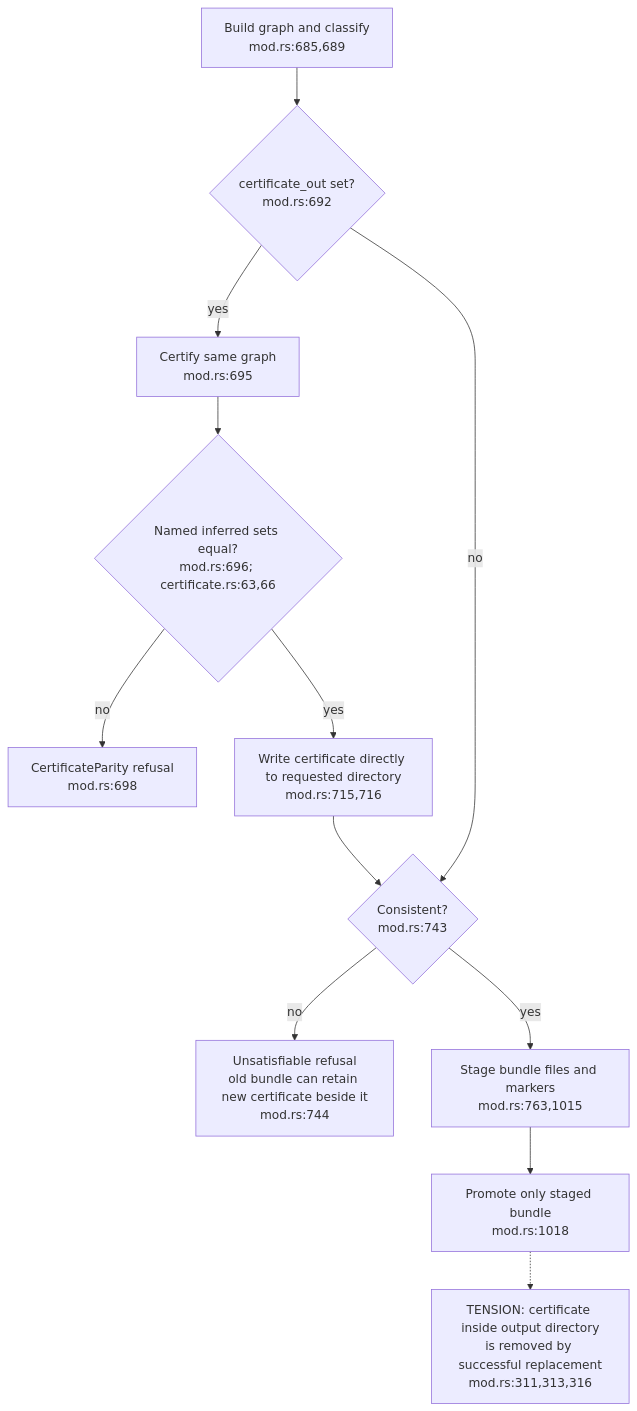
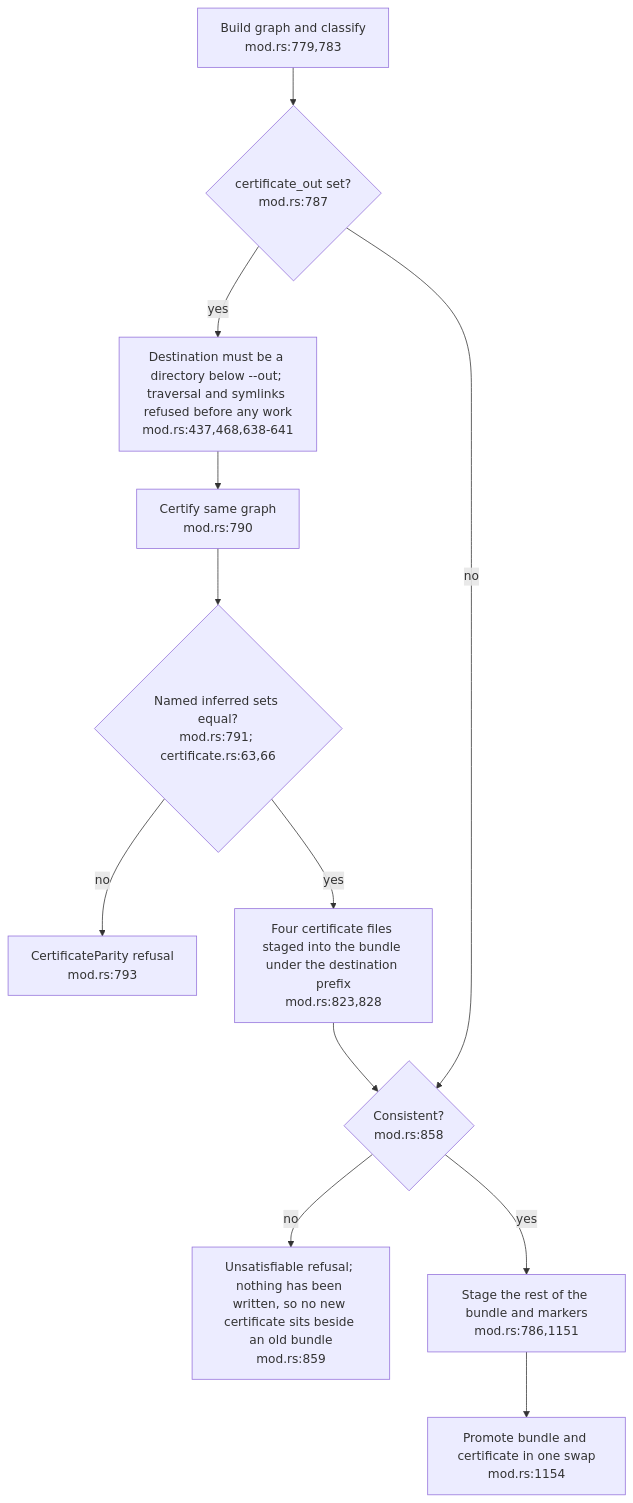
One commit to DreamLab-AI/VisionFlow changed the second of 4 diagrams in docs/diagrams/ontomark/10-reasoning-and-certificate-boundaries.md. Above: the diagram before and after it, drawn with Mermaid. The commit also changed other lines of this file and 70 other files, not shown here.

First line of the commit message:
docs(diagrams): re-verify 69 topics at current default-branch heads

````diff
--- a/docs/diagrams/ontomark/10-reasoning-and-certificate-boundaries.md
+++ b/docs/diagrams/ontomark/10-reasoning-and-certificate-boundaries.md
@@ -54,14 +54,14 @@
 ```mermaid
 flowchart TD
-    GRAPH["Build graph and classify<br/>mod.rs:685,689"] --> FLAG{"certificate_out set?<br/>mod.rs:692"}
-    FLAG -->|yes| CERT["Certify same graph<br/>mod.rs:695"]
-    CERT --> PAR{"Named inferred sets equal?<br/>mod.rs:696; certificate.rs:63,66"}
-    PAR -->|no| STOP["CertificateParity refusal<br/>mod.rs:698"]
-    PAR -->|yes| WRITE["Write certificate directly to requested directory<br/>mod.rs:715,716"]
-    WRITE --> CONS{"Consistent?<br/>mod.rs:743"}
+    GRAPH["Build graph and classify<br/>mod.rs:779,783"] --> FLAG{"certificate_out set?<br/>mod.rs:787"}
+    FLAG -->|yes| DEST["Destination must be a directory below --out; traversal and symlinks refused before any work<br/>mod.rs:437,468,638-641"]
+    DEST --> CERT["Certify same graph<br/>mod.rs:790"]
+    CERT --> PAR{"Named inferred sets equal?<br/>mod.rs:791; certificate.rs:63,66"}
+    PAR -->|no| STOP["CertificateParity refusal<br/>mod.rs:793"]
+    PAR -->|yes| STAGEC["Four certificate files staged into the bundle under the destination prefix<br/>mod.rs:823,828"]
+    STAGEC --> CONS{"Consistent?<br/>mod.rs:858"}
     FLAG -->|no| CONS
-    CONS -->|no| UNSAT["Unsatisfiable refusal<br/>old bundle can retain new certificate beside it<br/>mod.rs:744"]
-    CONS -->|yes| STAGE["Stage bundle files and markers<br/>mod.rs:763,1015"]
-    STAGE --> SWAP["Promote only staged bundle<br/>mod.rs:1018"]
-    SWAP -.-> LOST["TENSION: certificate inside output directory<br/>is removed by successful replacement<br/>mod.rs:311,313,316"]
+    CONS -->|no| UNSAT["Unsatisfiable refusal; nothing has been written, so no new certificate sits beside an old bundle<br/>mod.rs:859"]
+    CONS -->|yes| STAGE["Stage the rest of the bundle and markers<br/>mod.rs:786,1151"]
+    STAGE --> SWAP["Promote bundle and certificate in one swap<br/>mod.rs:1154"]
 ```
````
